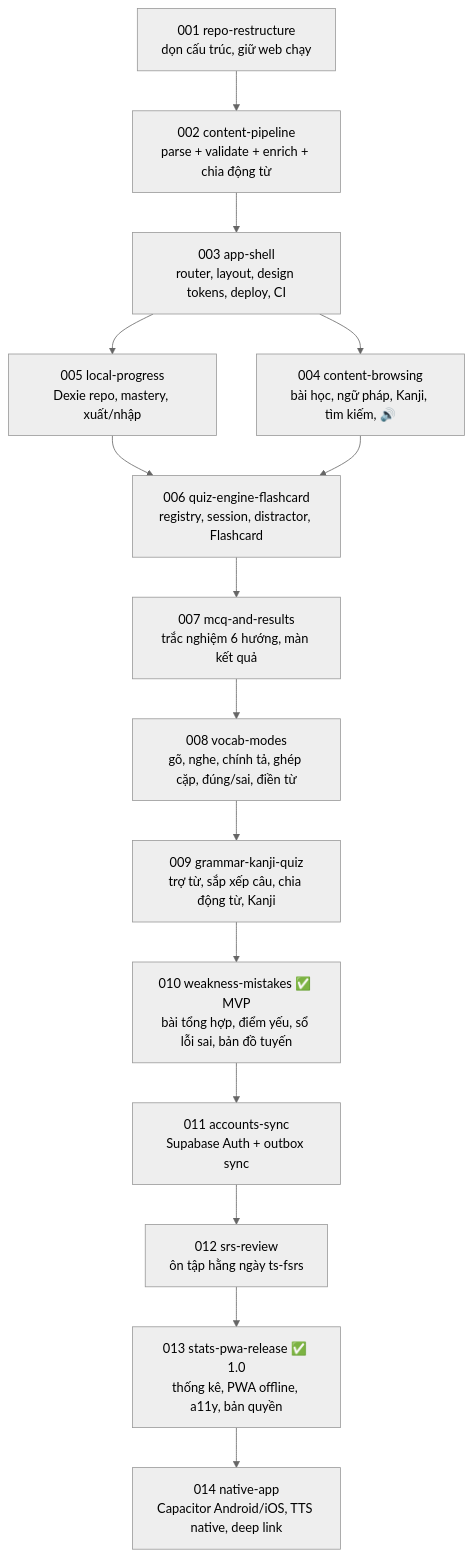
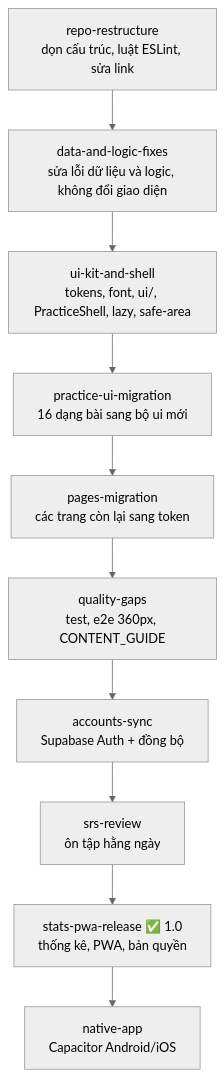
One commit to Letatducmanh/Study_japanese_website changed the tenth of 11 diagrams in docs/ARCHITECTURE.md. Above: the diagram before and after it, drawn with Mermaid (neutral theme). The commit also changed other lines of this file and 4 other files, not shown here.

Commit message:
docs: thêm kiến trúc, frontend, roadmap, audit và checklist spec 001

````diff
--- a/docs/ARCHITECTURE.md
+++ b/docs/ARCHITECTURE.md
@@ -394,22 +415,14 @@
 ```mermaid
 flowchart TB
-  s001["001 repo-restructure<br/>dọn cấu trúc, giữ web chạy"]
-  s002["002 content-pipeline<br/>parse + validate + enrich + chia động từ"]
-  s003["003 app-shell<br/>router, layout, design tokens, deploy, CI"]
-  s004["004 content-browsing<br/>bài học, ngữ pháp, Kanji, tìm kiếm, 🔊"]
-  s005["005 local-progress<br/>Dexie repo, mastery, xuất/nhập"]
-  s006["006 quiz-engine-flashcard<br/>registry, session, distractor, Flashcard"]
-  s007["007 mcq-and-results<br/>trắc nghiệm 6 hướng, màn kết quả"]
-  s008["008 vocab-modes<br/>gõ, nghe, chính tả, ghép cặp, đúng/sai, điền từ"]
-  s009["009 grammar-kanji-quiz<br/>trợ từ, sắp xếp câu, chia động từ, Kanji"]
-  s010["010 weakness-mistakes ✅ MVP<br/>bài tổng hợp, điểm yếu, sổ lỗi sai, bản đồ tuyến"]
-  s011["011 accounts-sync<br/>Supabase Auth + outbox sync"]
-  s012["012 srs-review<br/>ôn tập hằng ngày ts-fsrs"]
-  s013["013 stats-pwa-release ✅ 1.0<br/>thống kê, PWA offline, a11y, bản quyền"]
-  s014["014 native-app<br/>Capacitor Android/iOS, TTS native, deep link"]
-
-  s001 --> s002 --> s003 --> s004
-  s003 --> s005 --> s006 --> s007 --> s008 --> s009 --> s010
-  s004 --> s006
-  s010 --> s011 --> s012 --> s013 --> s014
+  s1["repo-restructure<br/>dọn cấu trúc, luật ESLint, sửa link"]
+  s2["data-and-logic-fixes<br/>sửa lỗi dữ liệu và logic, không đổi giao diện"]
+  s3["ui-kit-and-shell<br/>tokens, font, ui/, PracticeShell, lazy, safe-area"]
+  s4["practice-ui-migration<br/>16 dạng bài sang bộ ui mới"]
+  s5["pages-migration<br/>các trang còn lại sang token"]
+  s6["quality-gaps<br/>test, e2e 360px, CONTENT_GUIDE"]
+  s7["accounts-sync<br/>Supabase Auth + đồng bộ"]
+  s8["srs-review<br/>ôn tập hằng ngày"]
+  s9["stats-pwa-release ✅ 1.0<br/>thống kê, PWA, bản quyền"]
+  s10["native-app<br/>Capacitor Android/iOS"]
+  s1 --> s2 --> s3 --> s4 --> s5 --> s6 --> s7 --> s8 --> s9 --> s10
 ```
````
